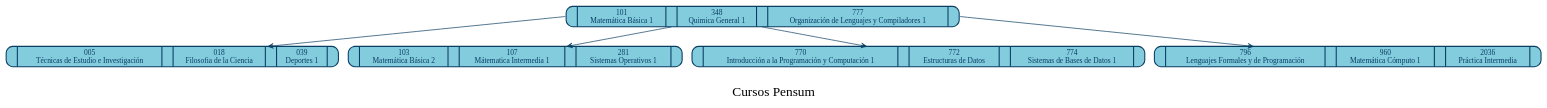
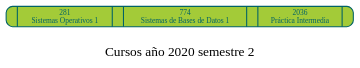
The diagram in Fase_2/Archivos_dot/CursosPensum.dot (DanielDubonDR/EDD_SmartClass_201901772), drawn with Graphviz before and after one commit. The commit also changed 3 other files, not shown here.

```diff
--- a/Fase_2/Archivos_dot/CursosPensum.dot
+++ b/Fase_2/Archivos_dot/CursosPensum.dot
@@ -1,19 +1,11 @@
  
         digraph BTree
         {
-        label="\nCursos Pensum" fontsize=25;
+        label="\nCursos año 2020 semestre 2" fontsize=25;
         rankdir=TB;
-        node[color=" #0a3d62",style="filled, rounded", fillcolor=" #82ccdd", shape=record penwidth=2, fontcolor=" #0a3d62"];
-        edge[color=" #0a3d62" penwidth=1.3 arrowhead=vee];
+        node[color=" #006266",style="filled, rounded", fillcolor=" #A3CB38", shape=record penwidth=2, fontcolor=" #006266"];
+        edge[color=" #006266" penwidth=1.3 arrowhead=vee];
         splines=false;
         
-		Nodo101[label="<f0> | <f1>101\nMatemática Básica 1 | <f2>  | <f3>348\nQuimica General 1 | <f4>  | <f5>777\nOrganización de Lenguajes y Compiladores 1 | <f6>  ", group=0];
-		Nodo005[label="<f0> | <f1>005\nTécnicas de Estudio e Investigación | <f2>  | <f3>018\nFilosofia de la Ciencia | <f4>  | <f5>039\nDeportes 1 | <f6>  ", group=0];
-		Nodo103[label="<f0> | <f1>103\nMatemática Básica 2 | <f2>  | <f3>107\nMátematica Intermedia 1 | <f4>  | <f5>281\nSistemas Operativos 1 | <f6>  ", group=0];
-		Nodo770[label="<f0> | <f1>770\nIntroducción a la Programación y Computación 1 | <f2>  | <f3>772\nEstructuras de Datos | <f4>  | <f5>774\nSistemas de Bases de Datos 1 | <f6>  ", group=0];
-		Nodo796[label="<f0> | <f1>796\nLenguajes Formales y de Programación | <f2>  | <f3>960\nMatemática Cómputo 1 | <f4>  | <f5>2036\nPráctica Intermedia | <f6>  ", group=0];
-		Nodo101:f0->Nodo005
-		Nodo101:f2->Nodo103
-		Nodo101:f4->Nodo770
-		Nodo101:f6->Nodo796
+		Nodo281[label="<f0> | <f1>281\nSistemas Operativos 1 | <f2>  | <f3>774\nSistemas de Bases de Datos 1 | <f4>  | <f5>2036\nPráctica Intermedia | <f6>  ", group=0];
 	}
```
